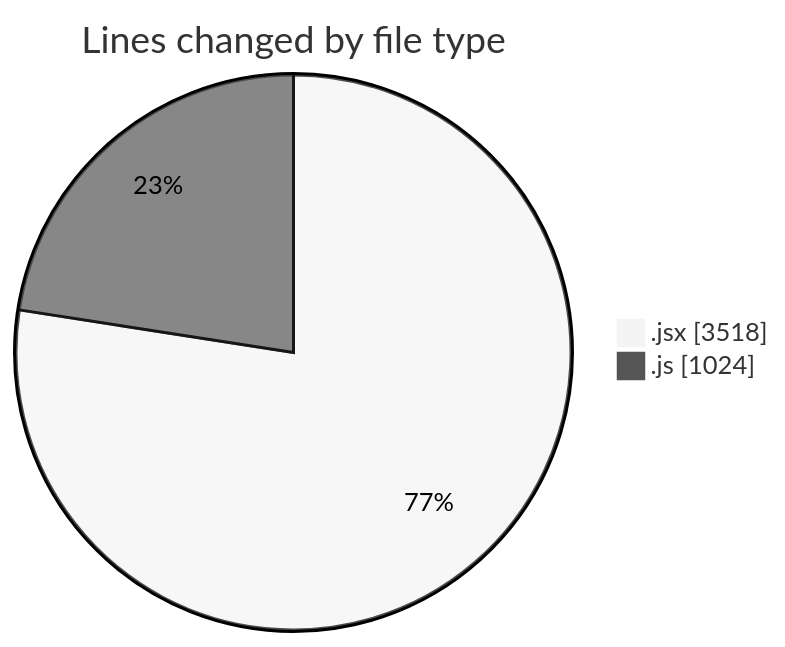
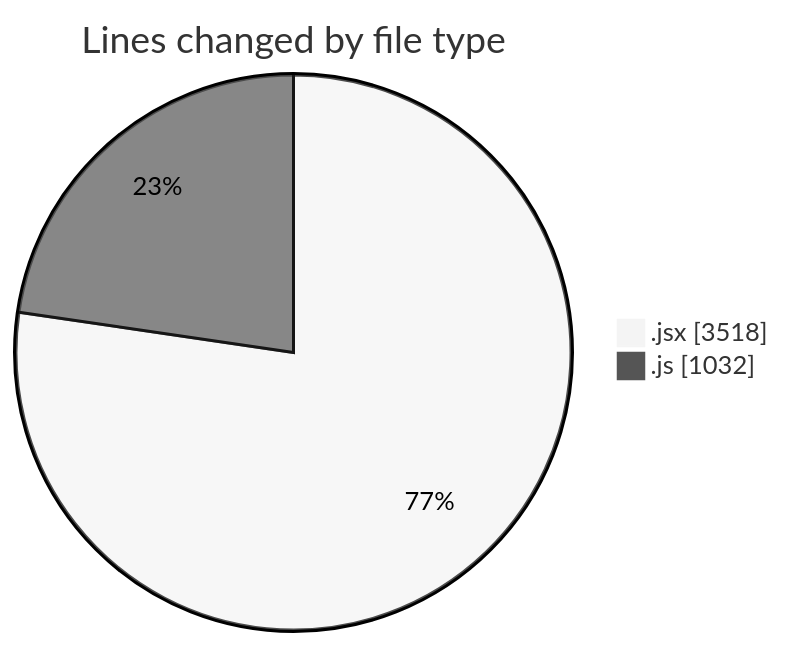
Before and after one commit to nxtqubesakshisongat/code-tracking: the first of 2 diagrams in 2025-12-07/nxtqube_webapp/README.md, drawn with Mermaid (neutral theme). The commit also changed other lines of this file and 1 other file, not shown here.

````diff
--- a/2025-12-07/nxtqube_webapp/README.md
+++ b/2025-12-07/nxtqube_webapp/README.md
@@ -22,6 +22,6 @@
 ```mermaid
 pie showData
 title Lines changed by file type
 ".jsx" : 3518
-".js" : 1024
+".js" : 1032
 ```
````
